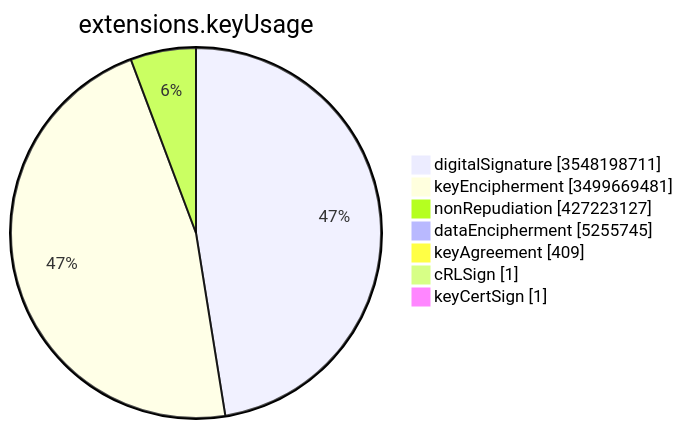
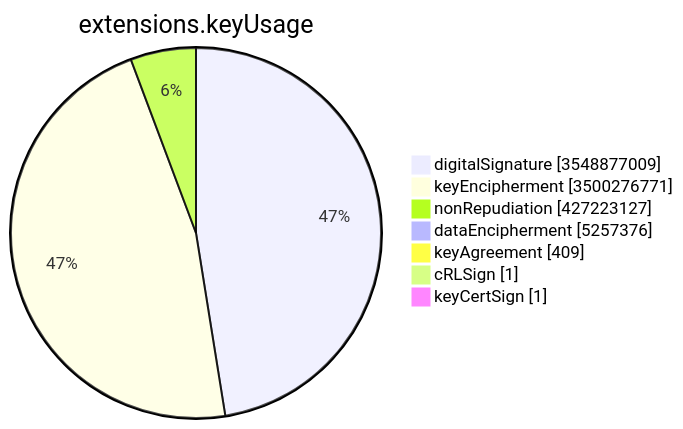
The sixth of 15 diagrams in TOTAL/README.md (christiankrug/ctmonitor_visualization), drawn with Mermaid before and after one commit. The commit also changed other lines of this file, not shown here.

````diff
--- a/TOTAL/README.md
+++ b/TOTAL/README.md
@@ -3083,11 +3083,11 @@
 ```mermaid
 pie showData
 title extensions.keyUsage
-"digitalSignature" :3548198711
-"keyEncipherment" :3499669481
+"digitalSignature" :3548877009
+"keyEncipherment" :3500276771
 "nonRepudiation" :427223127
-"dataEncipherment" :5255745
+"dataEncipherment" :5257376
 "keyAgreement" :409
 "cRLSign" :1
 "keyCertSign" :1
 ```
````
